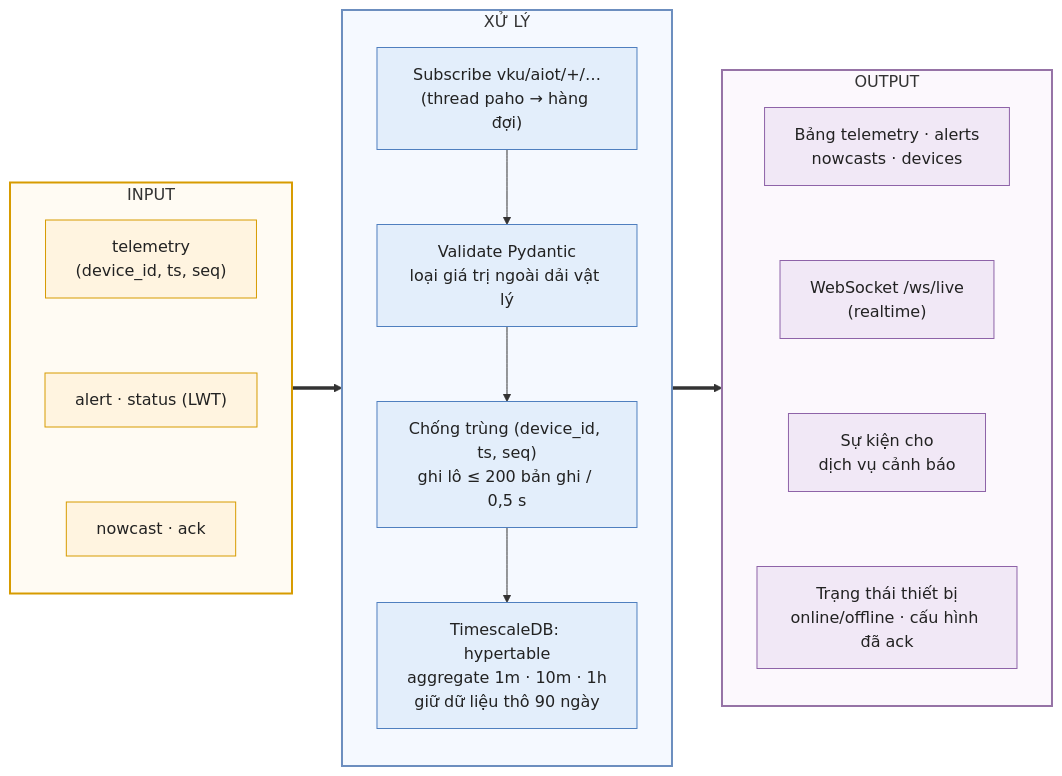
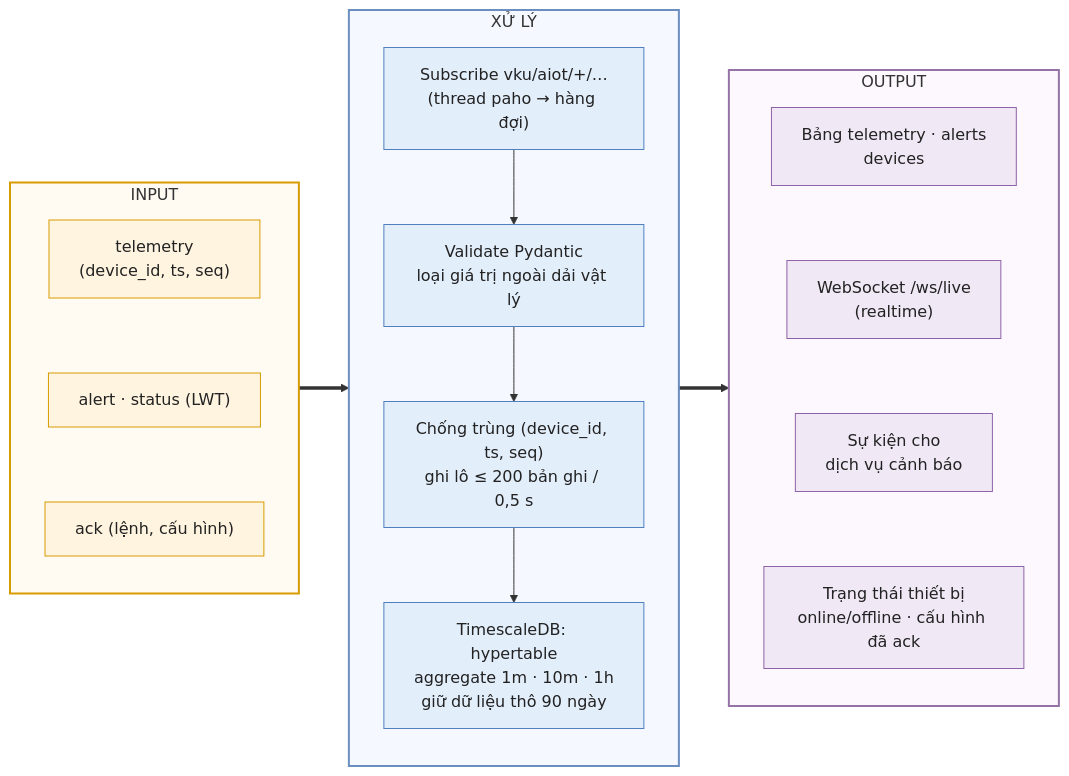
The second of 6 diagrams in docs/architecture/ipo.md (danhle396/pythonnhung), drawn with Mermaid before and after one commit. The commit also changed other lines of this file and 176 other files, not shown here.

````diff
--- a/docs/architecture/ipo.md
+++ b/docs/architecture/ipo.md
@@ -74,36 +74,36 @@
 ```mermaid
 flowchart LR
     subgraph I["INPUT"]
         direction TB
         i1["telemetry<br/>(device_id, ts, seq)"]
         i2["alert · status (LWT)"]
-        i3["nowcast · ack"]
+        i3["ack (lệnh, cấu hình)"]
         i1 ~~~ i2 ~~~ i3
     end
     subgraph P["XỬ LÝ"]
         direction TB
         p1["Subscribe vku/aiot/+/…<br/>(thread paho → hàng đợi)"]
         p2["Validate Pydantic<br/>loại giá trị ngoài dải vật lý"]
         p3["Chống trùng (device_id, ts, seq)<br/>ghi lô ≤ 200 bản ghi / 0,5 s"]
         p4["TimescaleDB: hypertable<br/>aggregate 1m · 10m · 1h<br/>giữ dữ liệu thô 90 ngày"]
         p1 --> p2 --> p3 --> p4
     end
     subgraph O["OUTPUT"]
         direction TB
-        o1["Bảng telemetry · alerts<br/>nowcasts · devices"]
+        o1["Bảng telemetry · alerts<br/>devices"]
         o2["WebSocket /ws/live<br/>(realtime)"]
         o3["Sự kiện cho<br/>dịch vụ cảnh báo"]
         o4["Trạng thái thiết bị<br/>online/offline · cấu hình đã ack"]
         o1 ~~~ o2 ~~~ o3 ~~~ o4
     end
     I ==> P ==> O
     classDef inp fill:#FFF4E0,stroke:#D79B00,color:#222
     classDef prc fill:#E3EEFB,stroke:#4F7FBF,color:#222
     classDef out fill:#F1E8F6,stroke:#8E63A8,color:#222
     class i1,i2,i3 inp
     class p1,p2,p3,p4 prc
     class o1,o2,o3,o4 out
     style I fill:#FFFBF3,stroke:#D79B00,stroke-width:2px
     style P fill:#F5F9FF,stroke:#6C8EBF,stroke-width:2px
     style O fill:#FCF8FD,stroke:#9673A6,stroke-width:2px
 ```
````
